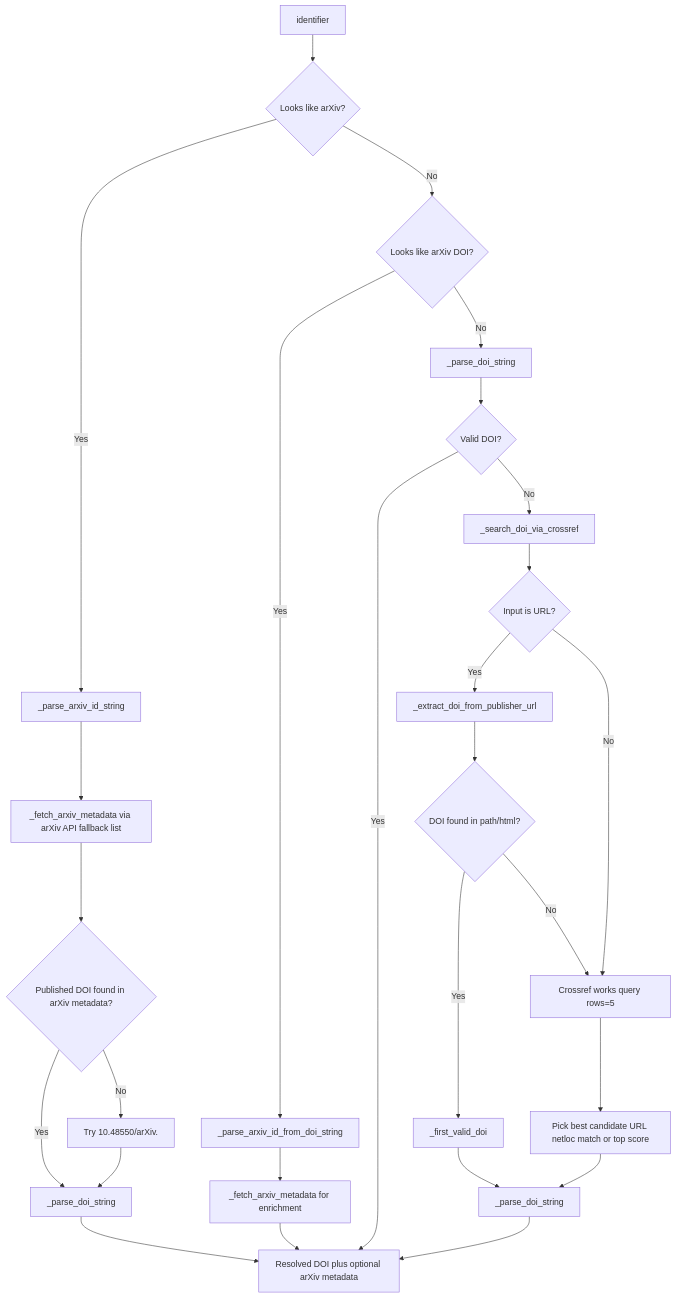
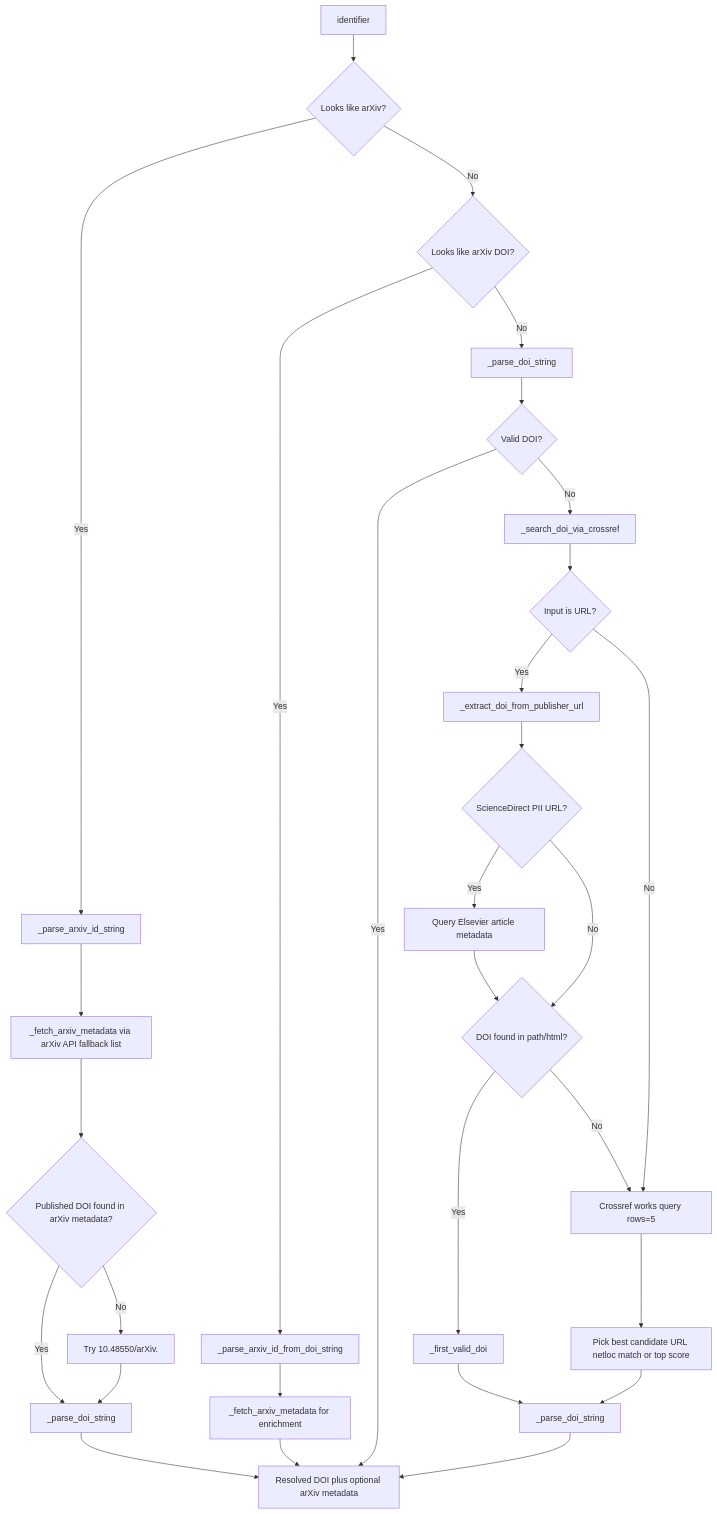
The second of 4 diagrams in docs/ALGORITHM_VISUALS.md (archisman-panigrahi/doi2bib3), drawn with Mermaid before and after one commit. The commit also changed other lines of this file and 6 other files, not shown here.

````diff
--- a/docs/ALGORITHM_VISUALS.md
+++ b/docs/ALGORITHM_VISUALS.md
@@ -24,32 +24,35 @@
 ```mermaid
 flowchart TD
     A[identifier] --> B{Looks like arXiv?}
     B -->|Yes| C[_parse_arxiv_id_string]
     C --> D[_fetch_arxiv_metadata via arXiv API fallback list]
     D --> E{Published DOI found in arXiv metadata?}
     E -->|Yes| F[_parse_doi_string]
     E -->|No| G[Try 10.48550/arXiv.<id_without_version>]
     G --> F
 
     B -->|No| H{Looks like arXiv DOI?}
     H -->|Yes| I[_parse_arxiv_id_from_doi_string]
     I --> J[_fetch_arxiv_metadata for enrichment]
     J --> Z[Resolved DOI plus optional arXiv metadata]
 
     H -->|No| K[_parse_doi_string]
     K --> L{Valid DOI?}
     L -->|Yes| Z
     L -->|No| M[_search_doi_via_crossref]
 
     M --> N{Input is URL?}
     N -->|Yes| O[_extract_doi_from_publisher_url]
-    O --> P{DOI found in path/html?}
+    O --> U{ScienceDirect PII URL?}
+    U -->|Yes| V[Query Elsevier article metadata]
+    U -->|No| P{DOI found in path/html?}
+    V --> P
     P -->|Yes| Q[_first_valid_doi]
     P -->|No| R[Crossref works query rows=5]
     N -->|No| R
     R --> S[Pick best candidate URL netloc match or top score]
     S --> T[_parse_doi_string]
     Q --> T
     F --> Z
     T --> Z
 ```
````
